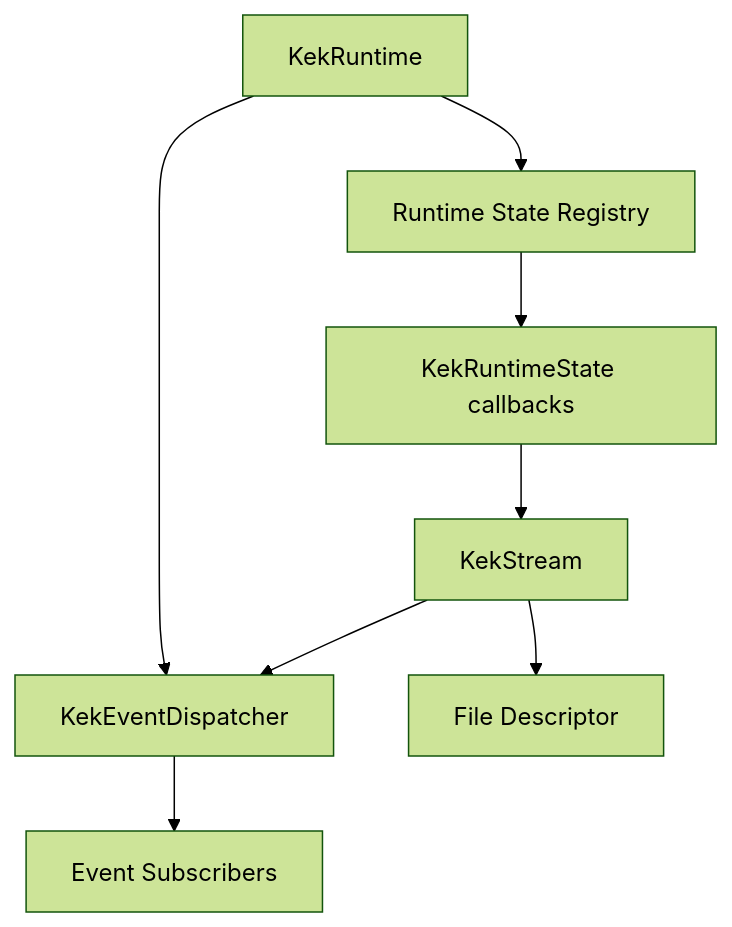
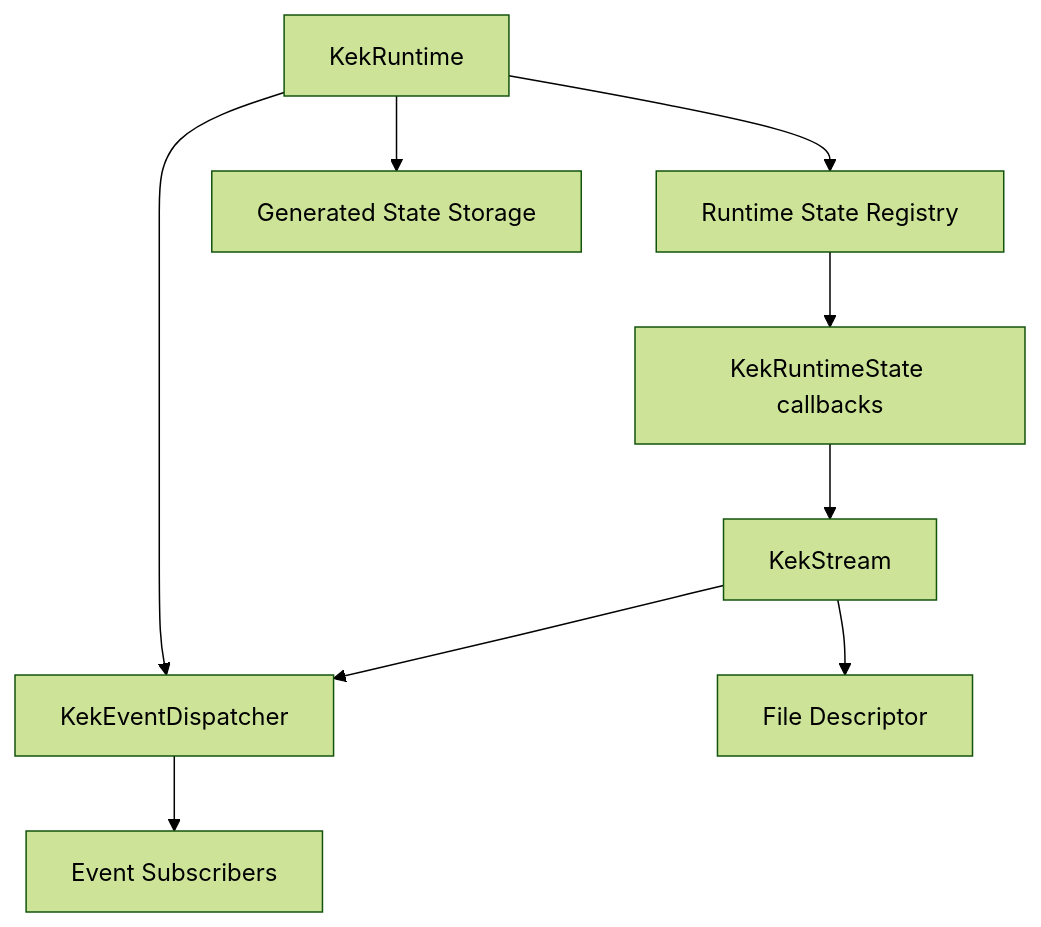
The first of 7 diagrams in doc/runtime/architecture.md (knstt/kek), drawn with Mermaid (forest theme) before and after one commit. The commit also changed other lines of this file and 21 other files, not shown here.

````diff
--- a/doc/runtime/architecture.md
+++ b/doc/runtime/architecture.md
@@ -13,18 +13,20 @@
 ```mermaid
 flowchart TB
     Runtime[KekRuntime]
     Dispatcher[KekEventDispatcher]
     StateRegistry[Runtime State Registry]
+    StateStorage[Generated State Storage]
     StateInterface[KekRuntimeState callbacks]
     StreamState[KekStream]
     FD[File Descriptor]
     Subscriber[Event Subscribers]
 
     Runtime --> Dispatcher
     Runtime --> StateRegistry
+    Runtime --> StateStorage
     StateRegistry --> StateInterface
     StateInterface --> StreamState
     StreamState --> FD
     StreamState --> Dispatcher
     Dispatcher --> Subscriber
 ```
````
